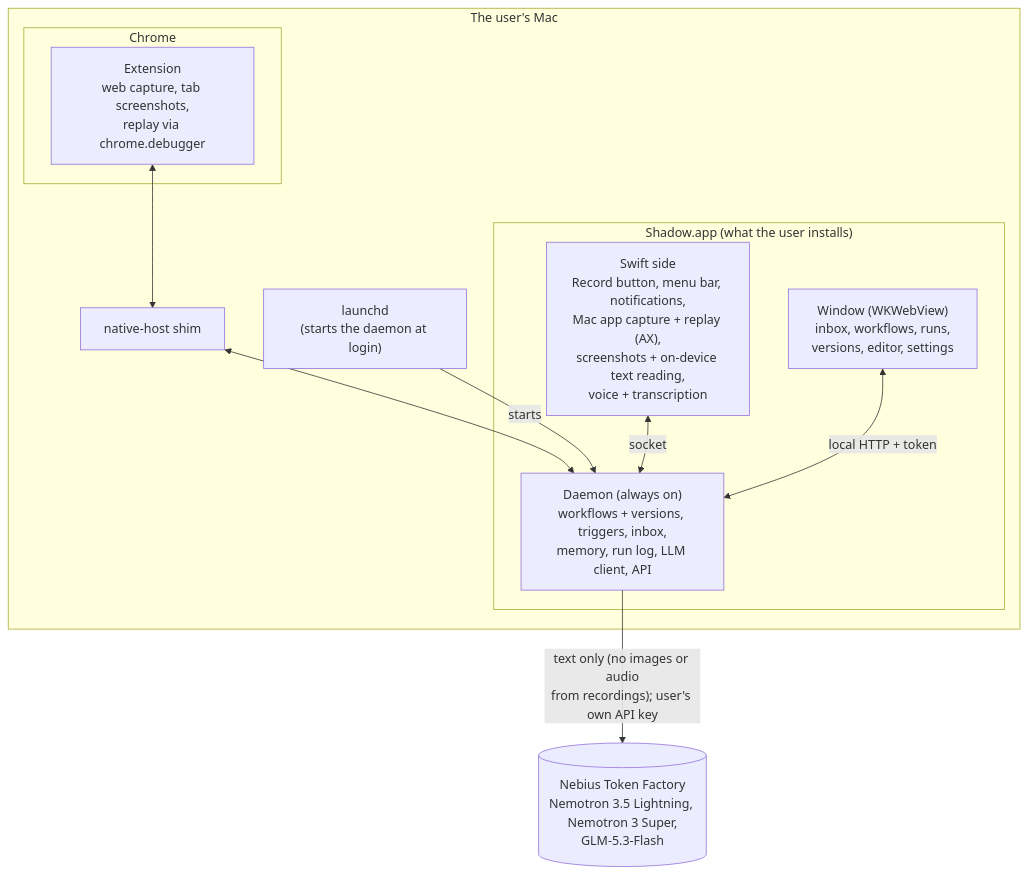
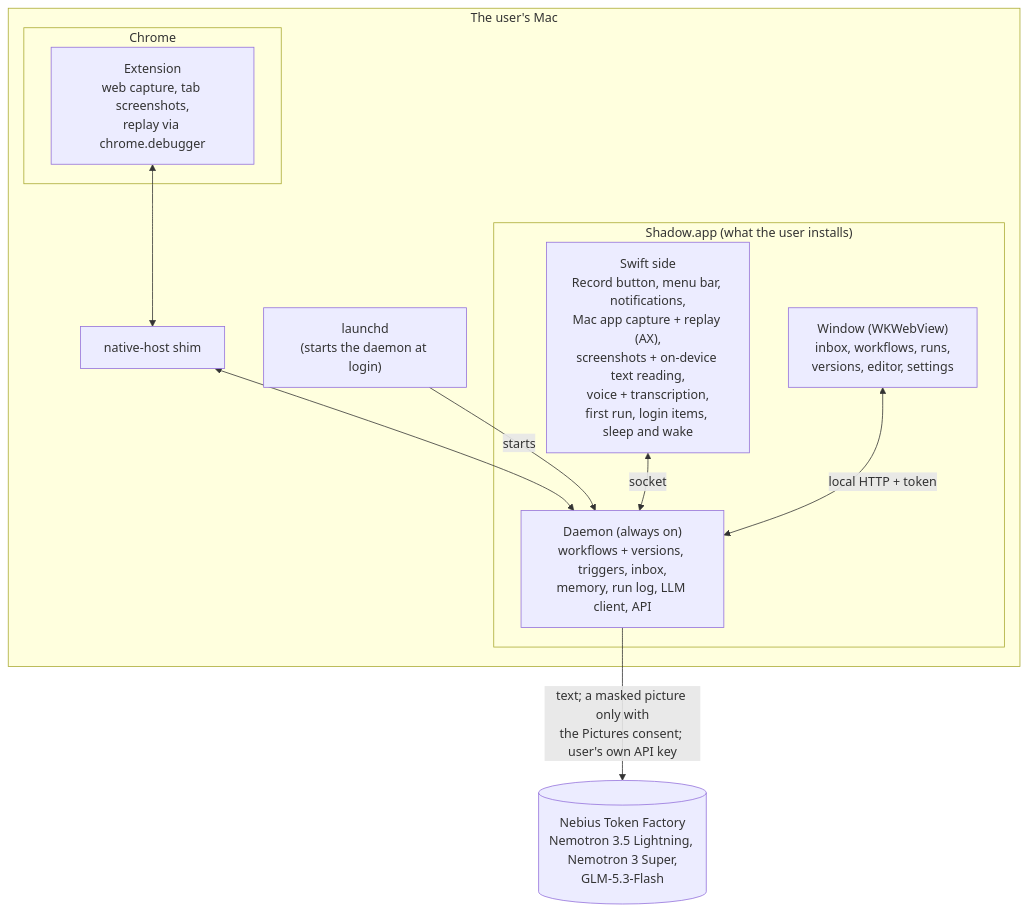
Before and after one commit to Akshat-Soni02/nxn-global-ai-hackathon-personal-agent: the fourth of 4 diagrams in docs/design.md, drawn with Mermaid. The commit also changed other lines of this file and 7 other files, not shown here.

First line of the commit message:
docs: design.md folds, the readme installs from the dmg, diagrams redrawn for sprint 4

````diff
--- a/docs/design.md
+++ b/docs/design.md
@@ -405,21 +488,21 @@
 ```mermaid
 flowchart TB
   subgraph mac["The user's Mac"]
     L["launchd<br/>(starts the daemon at login)"]
     subgraph app["Shadow.app (what the user installs)"]
       D["Daemon (always on)<br/>workflows + versions, triggers, inbox,<br/>memory, run log, LLM client, API"]
-      A["Swift side<br/>Record button, menu bar, notifications,<br/>Mac app capture + replay (AX),<br/>screenshots + on-device text reading,<br/>voice + transcription"]
+      A["Swift side<br/>Record button, menu bar, notifications,<br/>Mac app capture + replay (AX),<br/>screenshots + on-device text reading,<br/>voice + transcription,<br/>first run, login items, sleep and wake"]
       W["Window (WKWebView)<br/>inbox, workflows, runs,<br/>versions, editor, settings"]
     end
     subgraph chrome["Chrome"]
       X["Extension<br/>web capture, tab screenshots,<br/>replay via chrome.debugger"]
     end
     S["native-host shim"]
   end
   N[("Nebius Token Factory<br/>Nemotron 3.5 Lightning, Nemotron 3 Super,<br/>GLM-5.3-Flash")]
   X <--> S <--> D
   L -- starts --> D
   A <-- socket --> D
   W <-- "local HTTP + token" --> D
-  D -- "text only (no images or audio<br/>from recordings); user's own API key" --> N
+  D -- "text; a masked picture only with<br/>the Pictures consent; user's own API key" --> N
 ```
````
